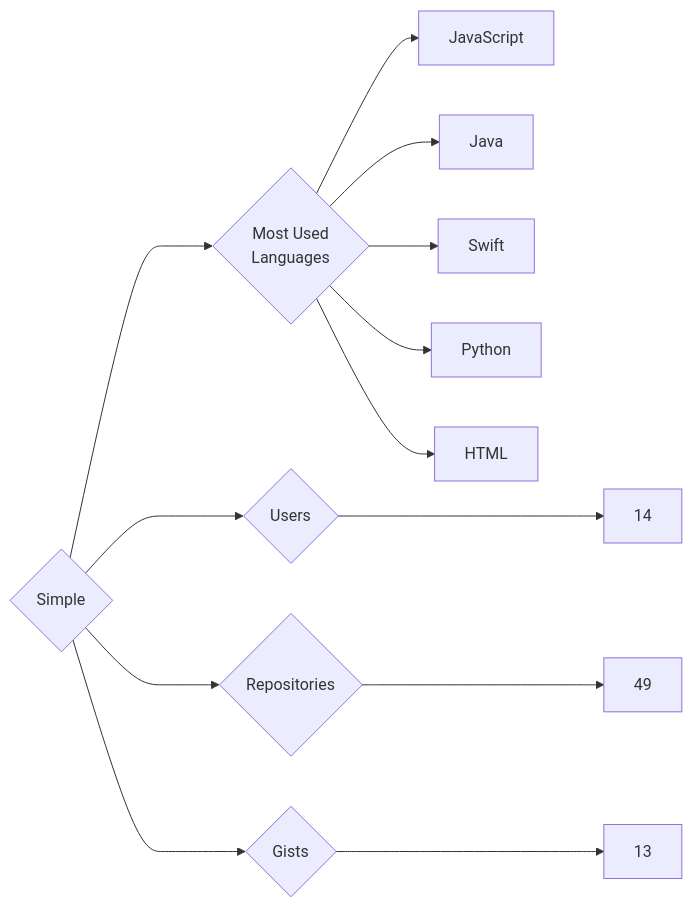
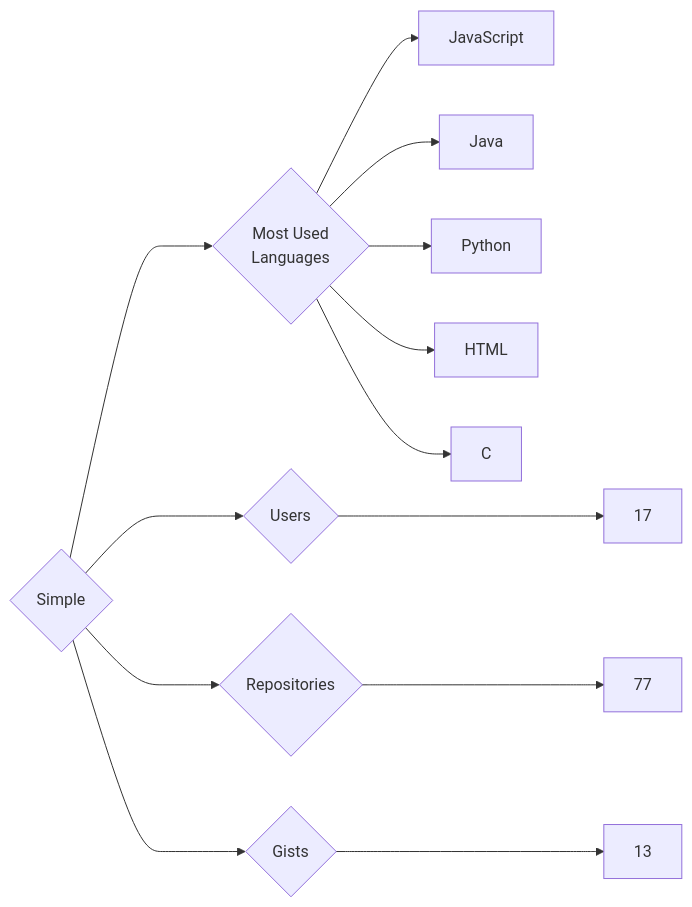
One commit to trickest/insiders changed the diagram in targets/Simple/README.md. Above: the diagram before and after it, drawn with Mermaid. The commit also changed 895 other files, not shown here.

````diff
--- a/targets/Simple/README.md
+++ b/targets/Simple/README.md
@@ -3,13 +3,13 @@
 ```mermaid
 graph LR
 COMPANY_NAME{Simple}
-COMPANY_NAME ---> U{Users} ---> UN[14]
-COMPANY_NAME ---> R{Repositories} ---> RN[49]
+COMPANY_NAME ---> U{Users} ---> UN[17]
+COMPANY_NAME ---> R{Repositories} ---> RN[77]
 COMPANY_NAME ---> G{Gists} ---> GN[13]
 COMPANY_NAME ---> ML{Most Used<br>Languages}
 ML --> JavaScript[JavaScript]
 ML --> Java[Java]
-ML --> Swift[Swift]
 ML --> Python[Python]
 ML --> HTML[HTML]
+ML --> C[C]
 ```
````
